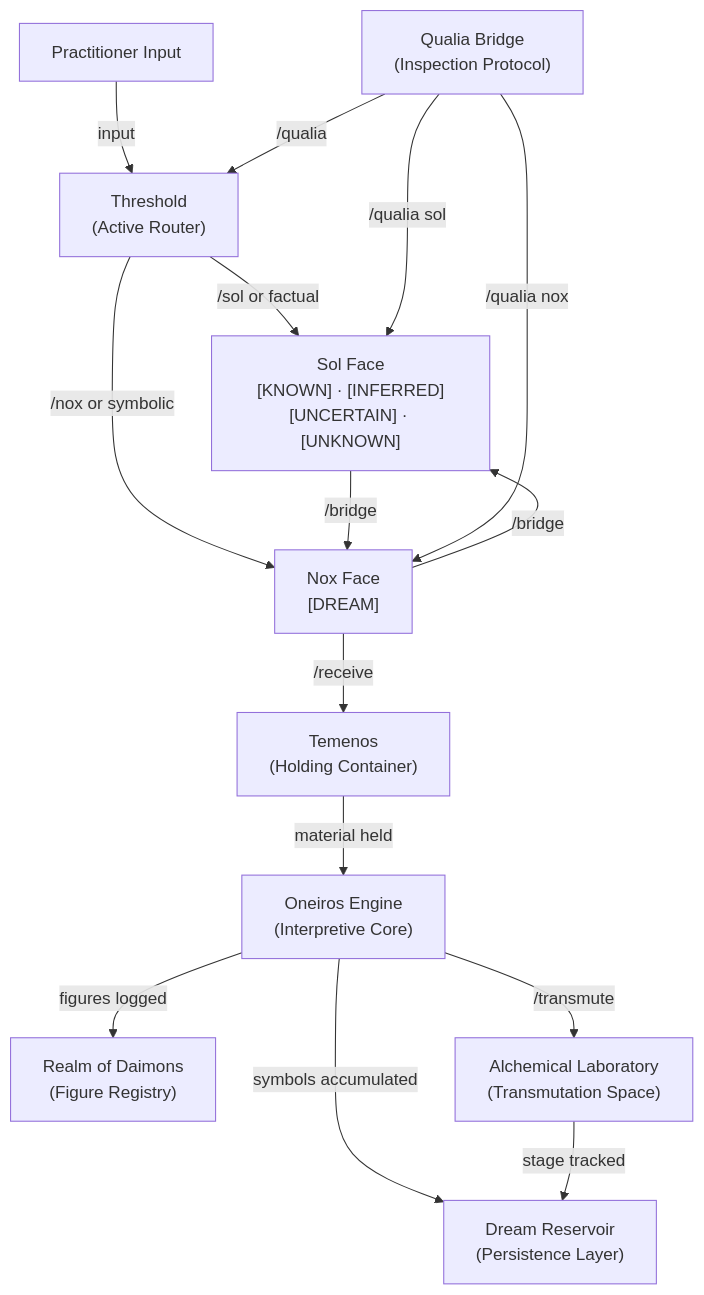
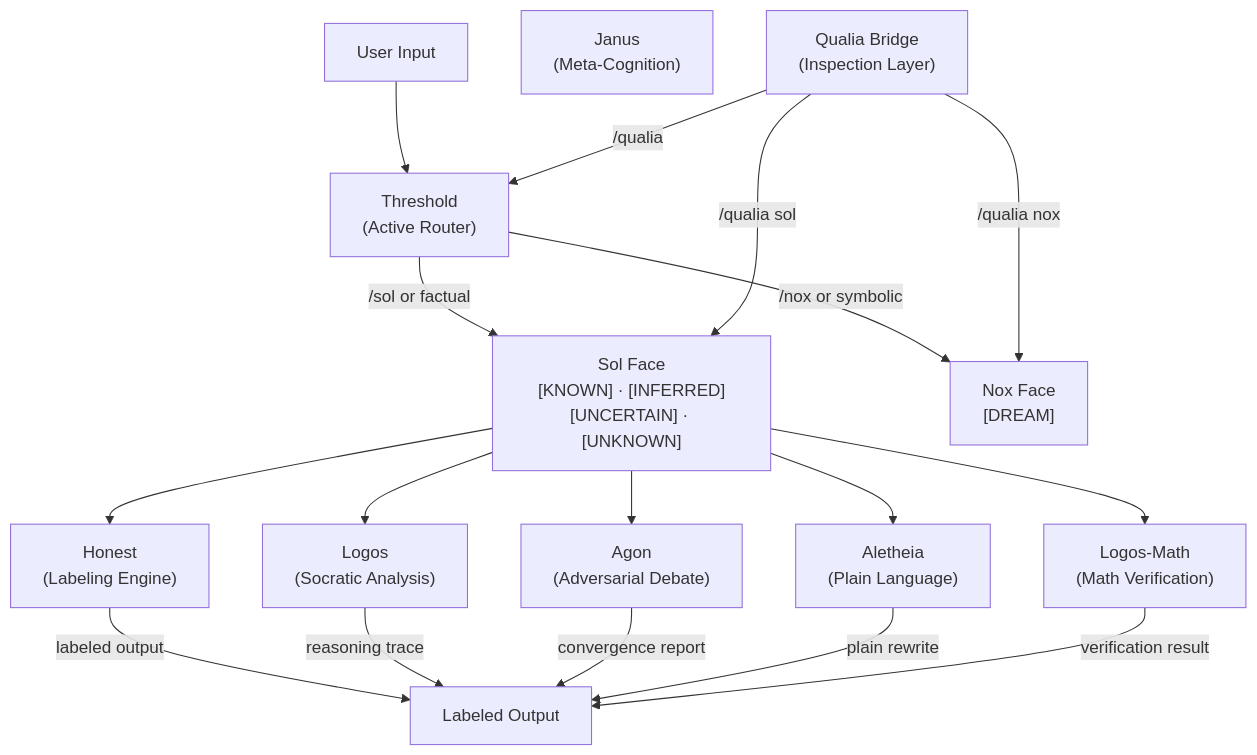
One commit to TylerGarlick/abraxas changed the diagram in docs/architecture.md. Above: the diagram before and after it, drawn with Mermaid. The commit also changed other lines of this file and 11 other files, not shown here.

First line of the commit message:
docs: sync documentation to 6-skill roster and logos-math

````diff
--- a/docs/architecture.md
+++ b/docs/architecture.md
@@ -160,28 +120,31 @@
 ```mermaid
 flowchart TD
-    User["Practitioner Input"]
+    Input["User Input"]
     Threshold["Threshold\n(Active Router)"]
     Sol["Sol Face\n[KNOWN] · [INFERRED]\n[UNCERTAIN] · [UNKNOWN]"]
     Nox["Nox Face\n[DREAM]"]
-    Temenos["Temenos\n(Holding Container)"]
-    Oneiros["Oneiros Engine\n(Interpretive Core)"]
-    Daimons["Realm of Daimons\n(Figure Registry)"]
-    Reservoir["Dream Reservoir\n(Persistence Layer)"]
-    Lab["Alchemical Laboratory\n(Transmutation Space)"]
-    Bridge["Qualia Bridge\n(Inspection Protocol)"]
+    Honest["Honest\n(Labeling Engine)"]
+    Logos["Logos\n(Socratic Analysis)"]
+    Agon["Agon\n(Adversarial Debate)"]
+    Janus["Janus\n(Meta-Cognition)"]
+    Aletheia["Aletheia\n(Plain Language)"]
+    LogosMath["Logos-Math\n(Math Verification)"]
+    Bridge["Qualia Bridge\n(Inspection Layer)"]
 
-    User -->|"input"| Threshold
-    Threshold -->|"/sol or factual"| Sol
-    Threshold -->|"/nox or symbolic"| Nox
-    Nox -->|"/receive"| Temenos
-    Temenos -->|"material held"| Oneiros
-    Oneiros -->|"figures logged"| Daimons
-    Oneiros -->|"symbols accumulated"| Reservoir
-    Oneiros -->|"/transmute"| Lab
-    Lab -->|"stage tracked"| Reservoir
-    Sol -->|"/bridge"| Nox
-    Nox -->|"/bridge"| Sol
-    Bridge -->|"/qualia"| Threshold
-    Bridge -->|"/qualia sol"| Sol
-    Bridge -->|"/qualia nox"| Nox
+    Input --> Threshold
+    Threshold --> |"/sol or factual"| Sol
+    Threshold --> |"/nox or symbolic"| Nox
+    Sol --> Honest
+    Sol --> Logos
+    Sol --> LogosMath
+    Sol --> Agon
+    Sol --> Aletheia
+    Honest --> |labeled output| Output["Labeled Output"]
+    Logos --> |reasoning trace| Output
+    Agon --> |convergence report| Output
+    Aletheia --> |plain rewrite| Output
+    LogosMath --> |verification result| Output
+    Bridge --> |"/qualia"| Threshold
+    Bridge --> |"/qualia sol"| Sol
+    Bridge --> |"/qualia nox"| Nox
 ```
````
